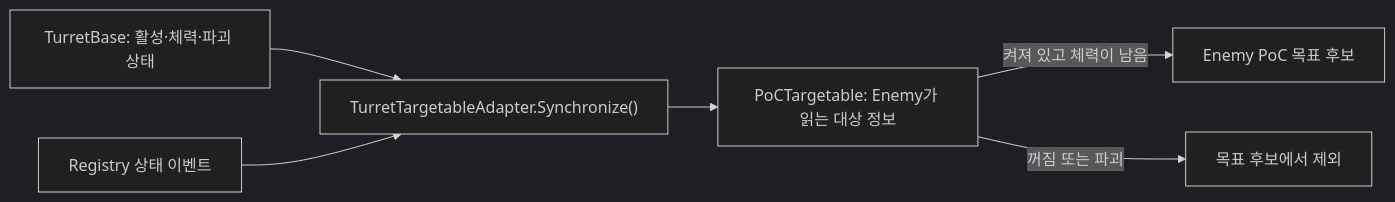
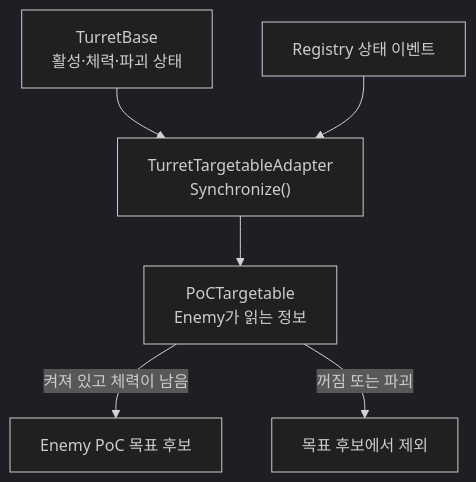
Before and after one commit to Team-HJD-21/unity-6-the-developer: diagram 11 of 11 in Docs/architecture/turret-system-guide.md, drawn with Mermaid (dark theme). The commit also changed other lines of this file and 1 other file, not shown here.

Commit message:
Docs(turret) : prevent text clipping in diagrams

````diff
--- a/Docs/architecture/turret-system-guide.md
+++ b/Docs/architecture/turret-system-guide.md
@@ -426,8 +434,8 @@
 ```mermaid
-flowchart LR
-    Base["TurretBase: 활성·체력·파괴 상태"] --> Adapter["TurretTargetableAdapter.Synchronize()"]
+flowchart TD
+    Base["TurretBase<br>활성·체력·파괴 상태"] --> Adapter["TurretTargetableAdapter<br>Synchronize()"]
     Registry["Registry 상태 이벤트"] --> Adapter
-    Adapter --> Targetable["PoCTargetable: Enemy가 읽는 대상 정보"]
+    Adapter --> Targetable["PoCTargetable<br>Enemy가 읽는 정보"]
     Targetable -->|켜져 있고 체력이 남음| Enemy["Enemy PoC 목표 후보"]
     Targetable -->|꺼짐 또는 파괴| Excluded["목표 후보에서 제외"]
 ```
````
